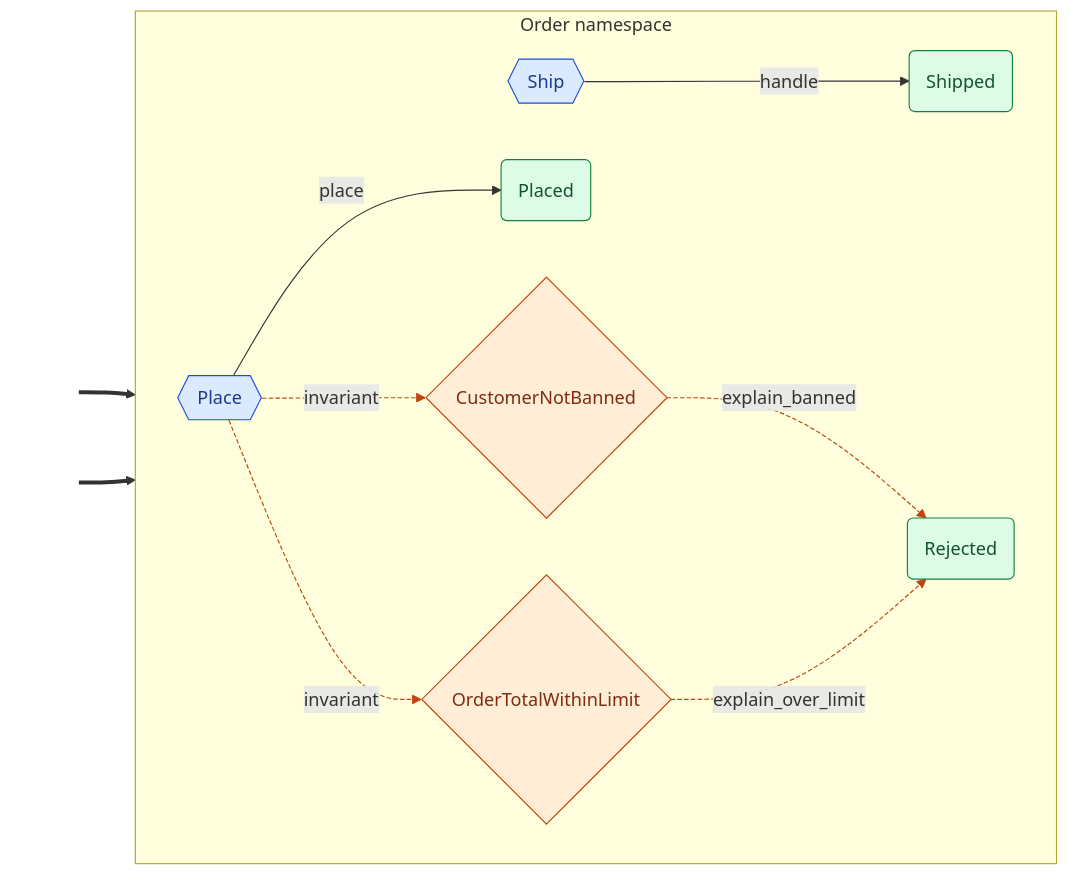
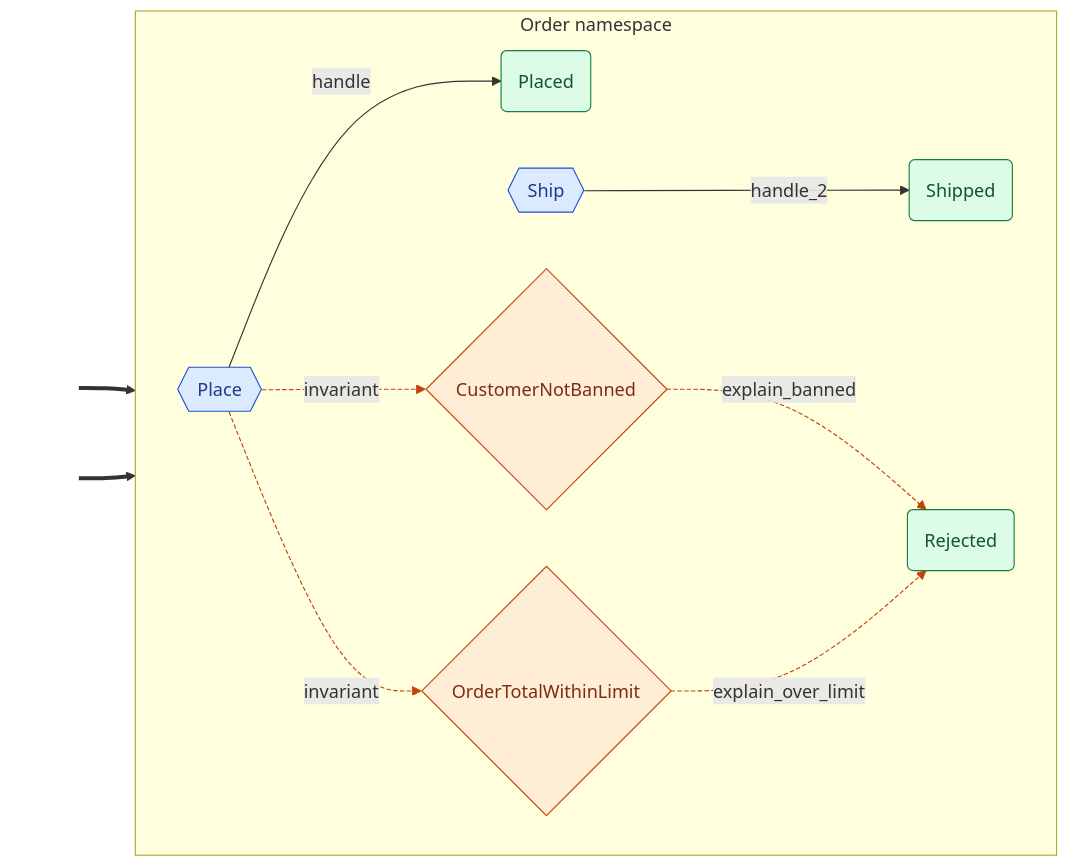
One commit to cadance-io/langgraph-events changed the diagram in docs/index.md. Above: the diagram before and after it, drawn with Mermaid. The commit also changed 25 other files, not shown here.

````diff
--- a/docs/index.md
+++ b/docs/index.md
@@ -33,29 +33,29 @@
 ```mermaid
 graph LR
     classDef entry fill:none,stroke:none,color:none
     classDef cmd fill:#dbeafe,stroke:#1d4ed8,color:#1e3a8a
     classDef devt fill:#dcfce7,stroke:#15803d,color:#14532d
     classDef intg fill:#ede9fe,stroke:#6d28d9,color:#4c1d95
     classDef syst fill:#fef3c7,stroke:#b45309,color:#78350f
     classDef halt fill:#fef3c7,stroke:#b45309,color:#78350f,stroke-width:3px,stroke-dasharray:4 2
     classDef inv fill:#ffedd5,stroke:#c2410c,color:#7c2d12
     subgraph Order["Order namespace"]
         direction LR
         Place{{Place}}:::cmd
         Placed(Placed):::devt
         Rejected(Rejected):::devt
         Ship{{Ship}}:::cmd
         Shipped(Shipped):::devt
         CustomerNotBanned{CustomerNotBanned}:::inv
         OrderTotalWithinLimit{OrderTotalWithinLimit}:::inv
     end
     _e0_[ ]:::entry ==> Place
     _e1_[ ]:::entry ==> Ship
-    Ship -->|handle| Shipped
-    Place -->|place| Placed
+    Place -->|handle| Placed
+    Ship -->|handle_2| Shipped
     CustomerNotBanned -.->|explain_banned| Rejected
     OrderTotalWithinLimit -.->|explain_over_limit| Rejected
     Place -.->|invariant| CustomerNotBanned
     Place -.->|invariant| OrderTotalWithinLimit
     linkStyle 4,5,6,7 stroke:#c2410c,stroke-dasharray:4 2
 ```
````
